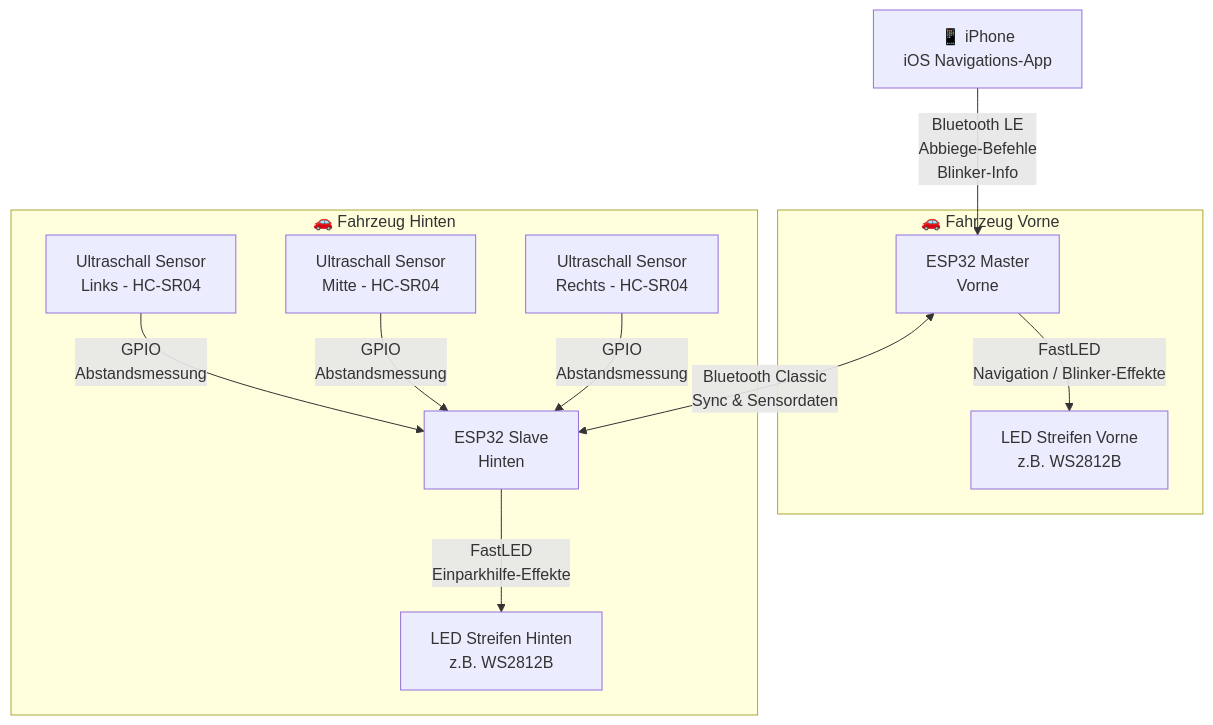
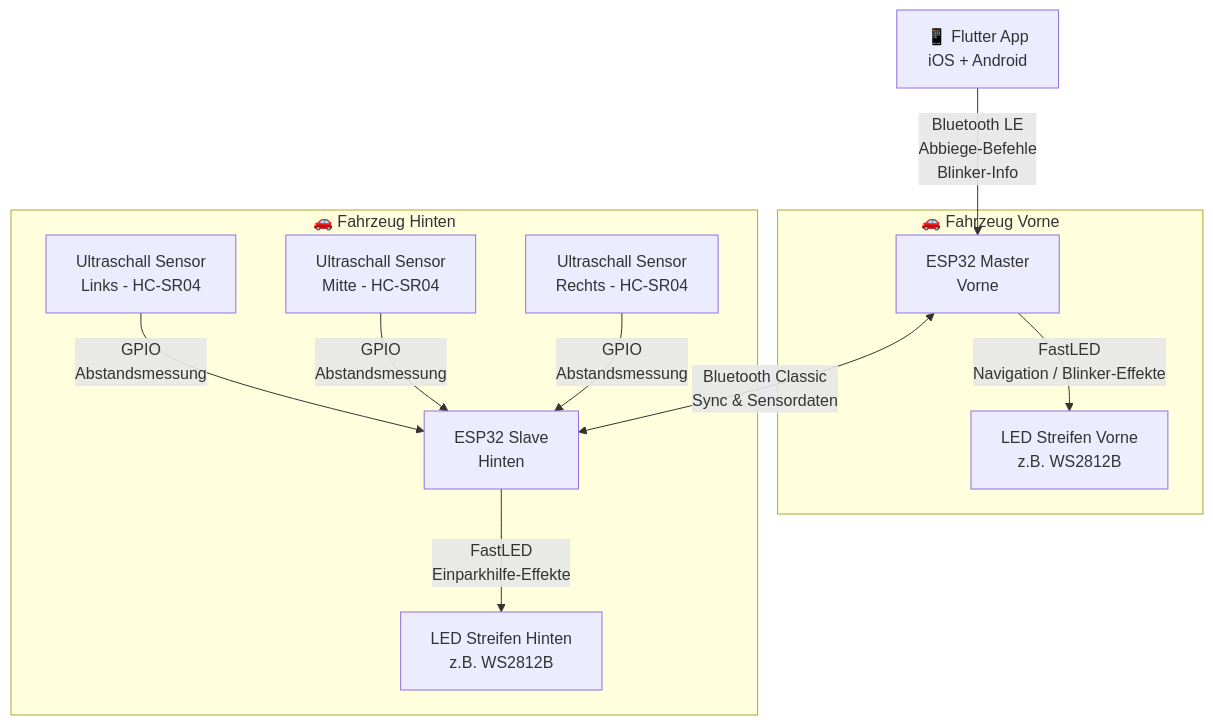
One commit to vergissberlin/ambientnav changed the diagram in README.md. Above: the diagram before and after it, drawn with Mermaid. The commit also changed other lines of this file and 145 other files, not shown here.

First line of the commit message:
feat: add cross-platform Flutter app for navigation and controller management

````diff
--- a/README.md
+++ b/README.md
@@ -32,25 +36,25 @@
 ```mermaid
 graph TB
-    iPhone["📱 iPhone\niOS Navigations-App"]
+    iPhone["📱 Flutter App\niOS + Android"]
     
     subgraph FRONT["🚗 Fahrzeug Vorne"]
         ESP32_F["ESP32 Master\nVorne"]
         LED_F["LED Streifen Vorne\nz.B. WS2812B"]
     end
 
     subgraph REAR["🚗 Fahrzeug Hinten"]
         ESP32_R["ESP32 Slave\nHinten"]
         LED_R["LED Streifen Hinten\nz.B. WS2812B"]
         US1["Ultraschall Sensor\nLinks - HC-SR04"]
         US2["Ultraschall Sensor\nMitte - HC-SR04"]
         US3["Ultraschall Sensor\nRechts - HC-SR04"]
     end
 
     iPhone -->|"Bluetooth LE\nAbbiege-Befehle\nBlinker-Info"| ESP32_F
     ESP32_F -->|"FastLED\nNavigation / Blinker-Effekte"| LED_F
     ESP32_F <-->|"Bluetooth Classic\nSync & Sensordaten"| ESP32_R
     ESP32_R -->|"FastLED\nEinparkhilfe-Effekte"| LED_R
     US1 -->|"GPIO\nAbstandsmessung"| ESP32_R
     US2 -->|"GPIO\nAbstandsmessung"| ESP32_R
     US3 -->|"GPIO\nAbstandsmessung"| ESP32_R
 ```
````
